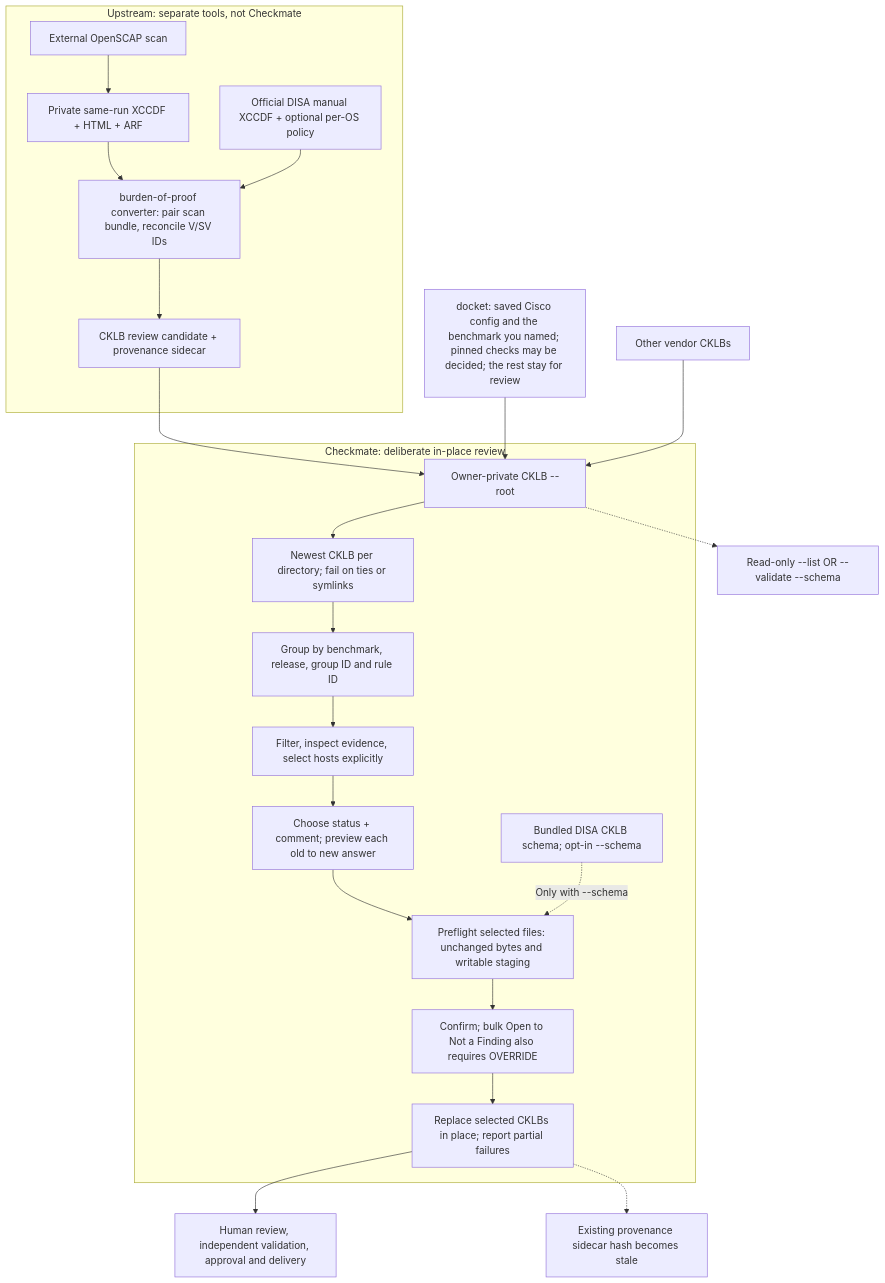
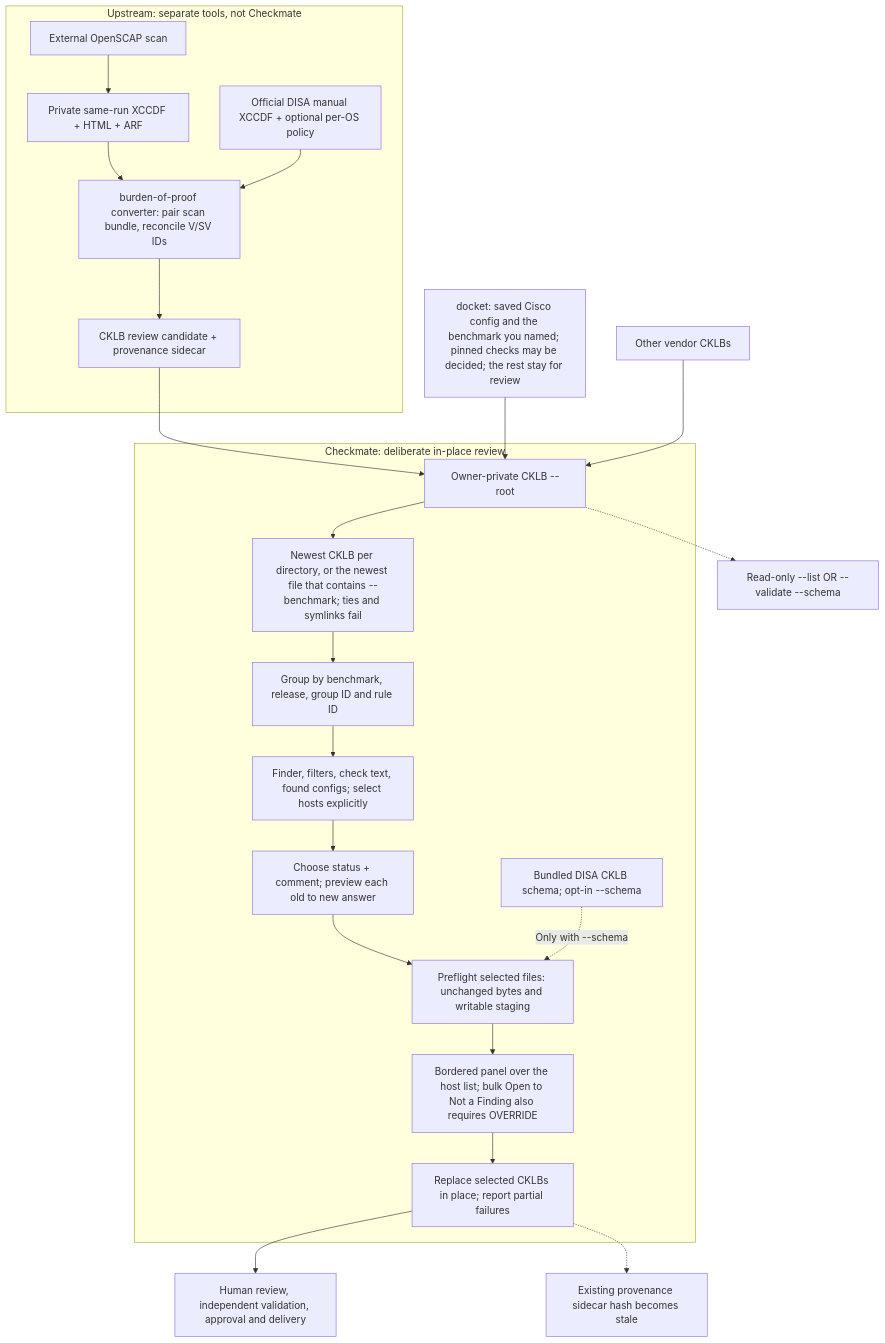
Before and after one commit to zcook44/checkmate: the first of 2 diagrams in README.md, drawn with Mermaid. The commit also changed other lines of this file and 17 other files, not shown here.

First line of the commit message:
Release Checkmate 1.0.0 with a finder, a confirm panel, and an optional benchmark.

````diff
--- a/README.md
+++ b/README.md
@@ -9,25 +9,25 @@
 ```mermaid
 flowchart TD
     subgraph upstream["Upstream: separate tools, not Checkmate"]
         scan["External OpenSCAP scan"] --> evidence["Private same-run XCCDF + HTML + ARF"]
         evidence --> converter["burden-of-proof converter: pair scan bundle, reconcile V/SV IDs"]
         benchmark["Official DISA manual XCCDF + optional per-OS policy"] --> converter
         converter --> generated["CKLB review candidate + provenance sidecar"]
     end
     generated --> root["Owner-private CKLB --root"]
     cisco["docket: saved Cisco config and the benchmark you named; pinned checks may be decided; the rest stay for review"] --> root
     external["Other vendor CKLBs"] --> root
     root -.-> inventory["Read-only --list OR --validate --schema"]
     subgraph editor["Checkmate: deliberate in-place review"]
-        root --> discover["Newest CKLB per directory; fail on ties or symlinks"]
+        root --> discover["Newest CKLB per directory, or the newest file that contains --benchmark; ties and symlinks fail"]
         discover --> group["Group by benchmark, release, group ID and rule ID"]
-        group --> choose["Filter, inspect evidence, select hosts explicitly"]
+        group --> choose["Finder, filters, check text, found configs; select hosts explicitly"]
         choose --> preview["Choose status + comment; preview each old to new answer"]
         preview --> guard["Preflight selected files: unchanged bytes and writable staging"]
         schema["Bundled DISA CKLB schema; opt-in --schema"] -.->|Only with --schema| guard
-        guard --> confirm["Confirm; bulk Open to Not a Finding also requires OVERRIDE"]
+        guard --> confirm["Bordered panel over the host list; bulk Open to Not a Finding also requires OVERRIDE"]
         confirm --> edit["Replace selected CKLBs in place; report partial failures"]
     end
     edit --> human["Human review, independent validation, approval and delivery"]
     edit -.-> stale["Existing provenance sidecar hash becomes stale"]
 ```
````
